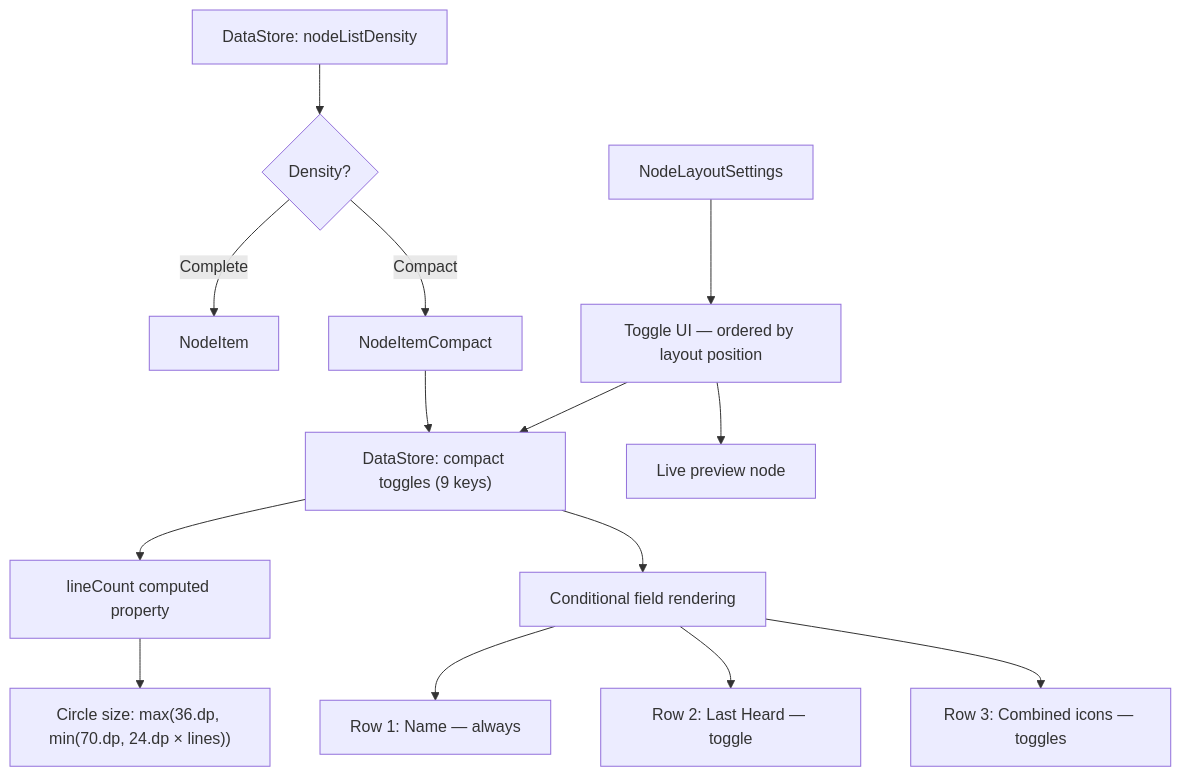
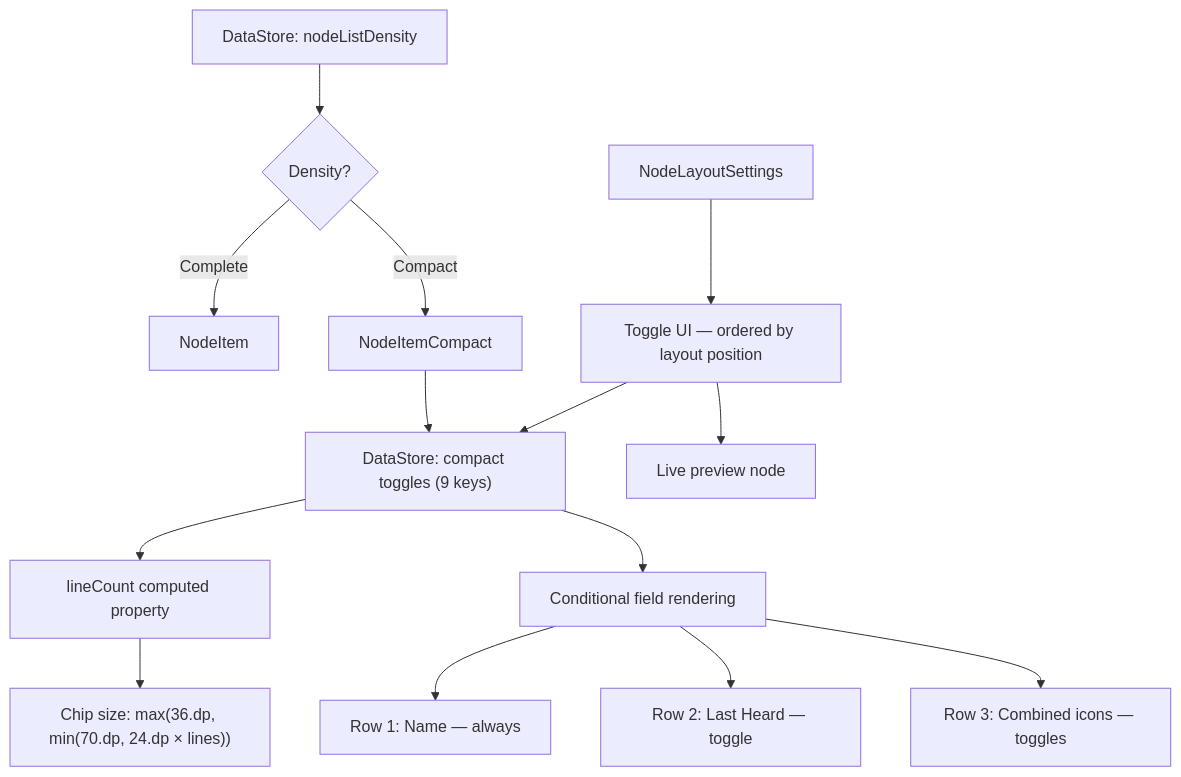
Before and after one commit to meshtastic/Meshtastic-Android: the diagram in specs/002-node-list-layout/spec.md, drawn with Mermaid. The commit also changed other lines of this file and 13 other files, not shown here.

````diff
--- a/specs/002-node-list-layout/spec.md
+++ b/specs/002-node-list-layout/spec.md
@@ -150,17 +150,17 @@
 ```mermaid
 flowchart TD
     A["DataStore: nodeListDensity"] --> B{Density?}
     B -->|Complete| C[NodeItem]
     B -->|Compact| D[NodeItemCompact]
     D --> E["DataStore: compact toggles (9 keys)"]
     E --> F[lineCount computed property]
-    F --> G["Circle size: max(36.dp, min(70.dp, 24.dp × lines))"]
+    F --> G["Chip size: max(36.dp, min(70.dp, 24.dp × lines))"]
     E --> H[Conditional field rendering]
     H --> I["Row 1: Name — always"]
     H --> J["Row 2: Last Heard — toggle"]
     H --> K["Row 3: Combined icons — toggles"]
     
     L[NodeLayoutSettings] --> M["Toggle UI — ordered by layout position"]
     M --> E
     M --> N[Live preview node]
 ```
````
